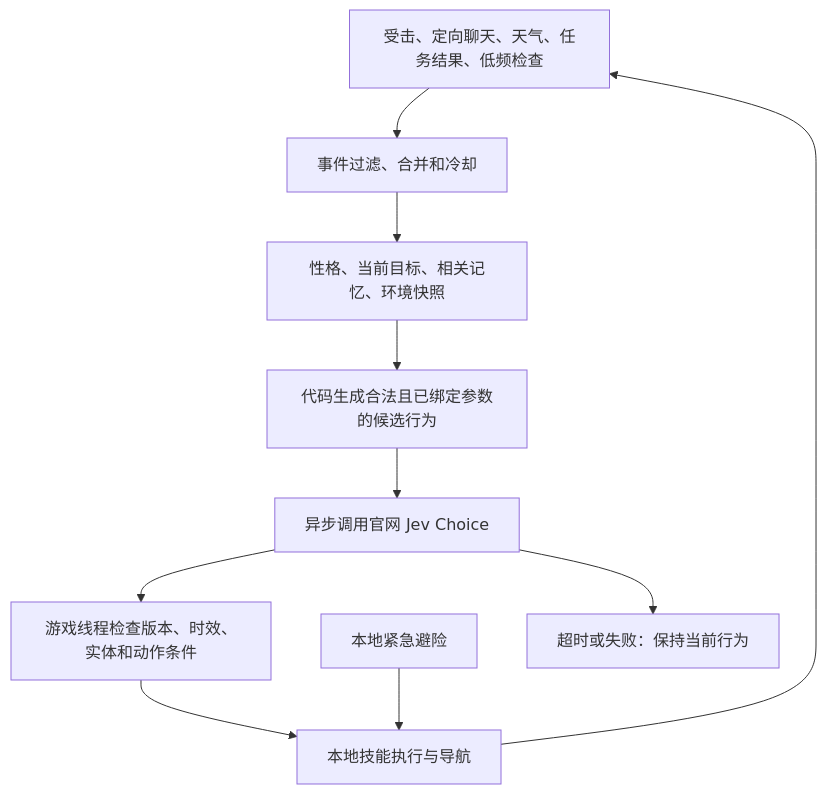
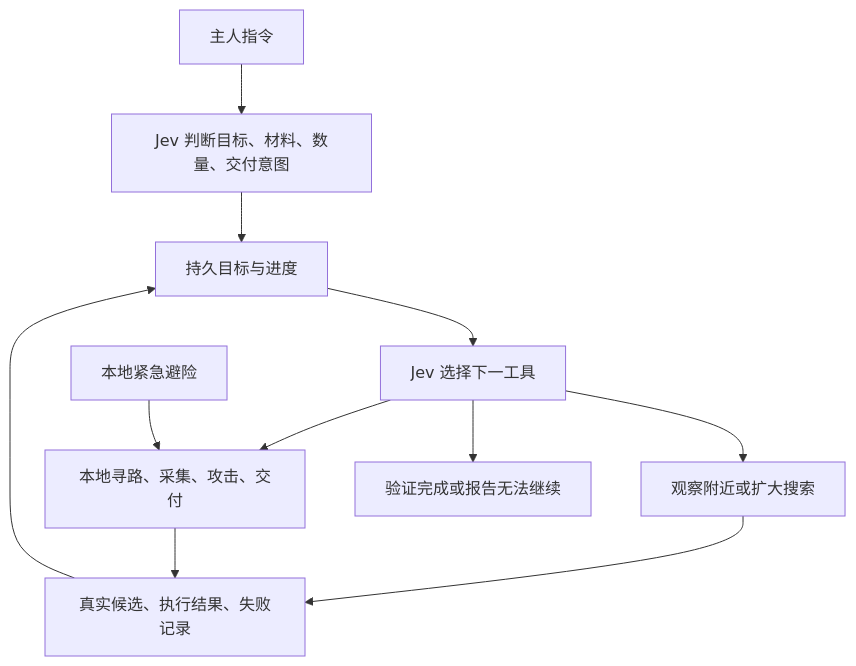
The diagram in docs/design.md (namimono/mc_jv_npc), drawn with Mermaid before and after one commit. The commit also changed other lines of this file and 21 other files, not shown here.

````diff
--- a/docs/design.md
+++ b/docs/design.md
@@ -7,12 +7,13 @@
 ```mermaid
 flowchart TD
-    Event[受击、定向聊天、天气、任务结果、低频检查] --> Inbox[事件过滤、合并和冷却]
-    Inbox --> State[性格、当前目标、相关记忆、环境快照]
-    State --> Candidates[代码生成合法且已绑定参数的候选行为]
-    Candidates --> Jev[异步调用官网 Jev Choice]
-    Jev --> Check[游戏线程检查版本、时效、实体和动作条件]
-    Check --> Skills[本地技能执行与导航]
-    Skills --> Event
-    Local[本地紧急避险] --> Skills
-    Jev --> Fallback[超时或失败：保持当前行为]
+    Owner[主人指令] --> Intent[Jev 判断目标、材料、数量、交付意图]
+    Intent --> Task[持久目标与进度]
+    Task --> Decide[Jev 选择下一工具]
+    Decide --> Observe[观察附近或扩大搜索]
+    Observe --> Evidence[真实候选、执行结果、失败记录]
+    Decide --> Execute[本地寻路、采集、攻击、交付]
+    Execute --> Evidence
+    Evidence --> Task
+    Decide --> End[验证完成或报告无法继续]
+    Local[本地紧急避险] --> Execute
 ```
````
